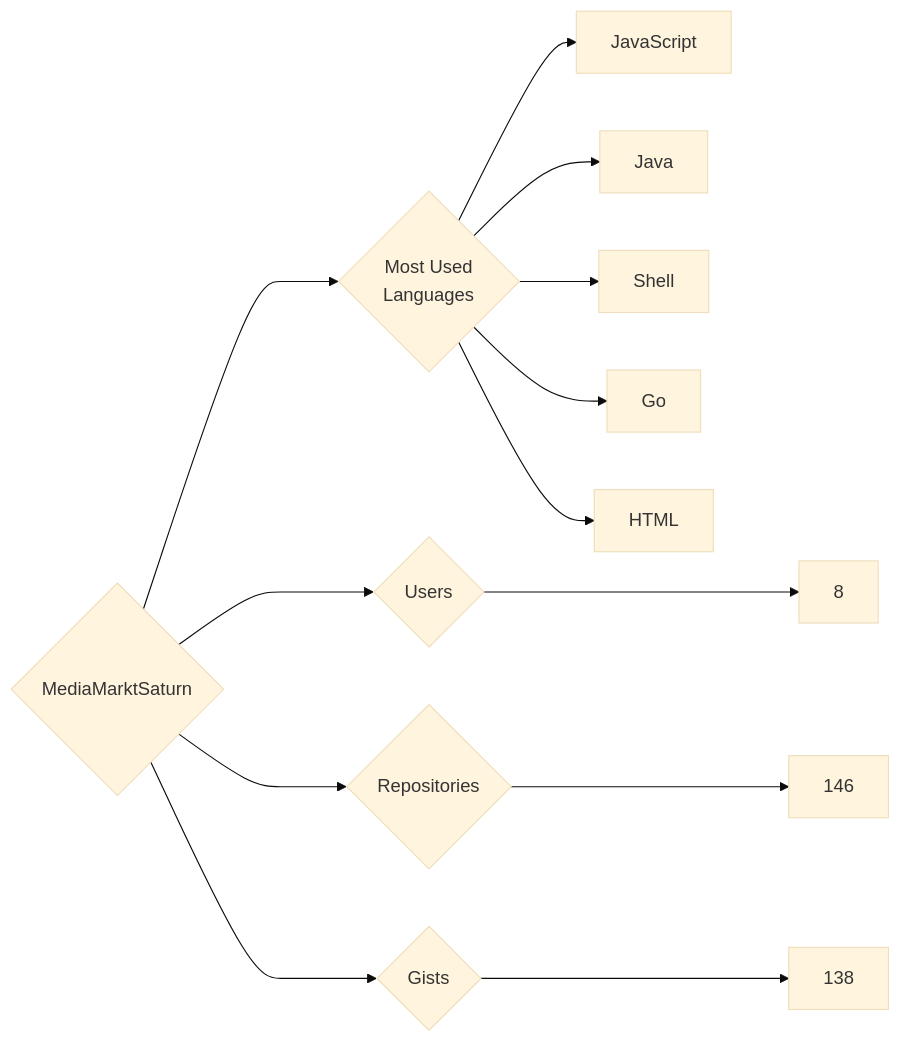
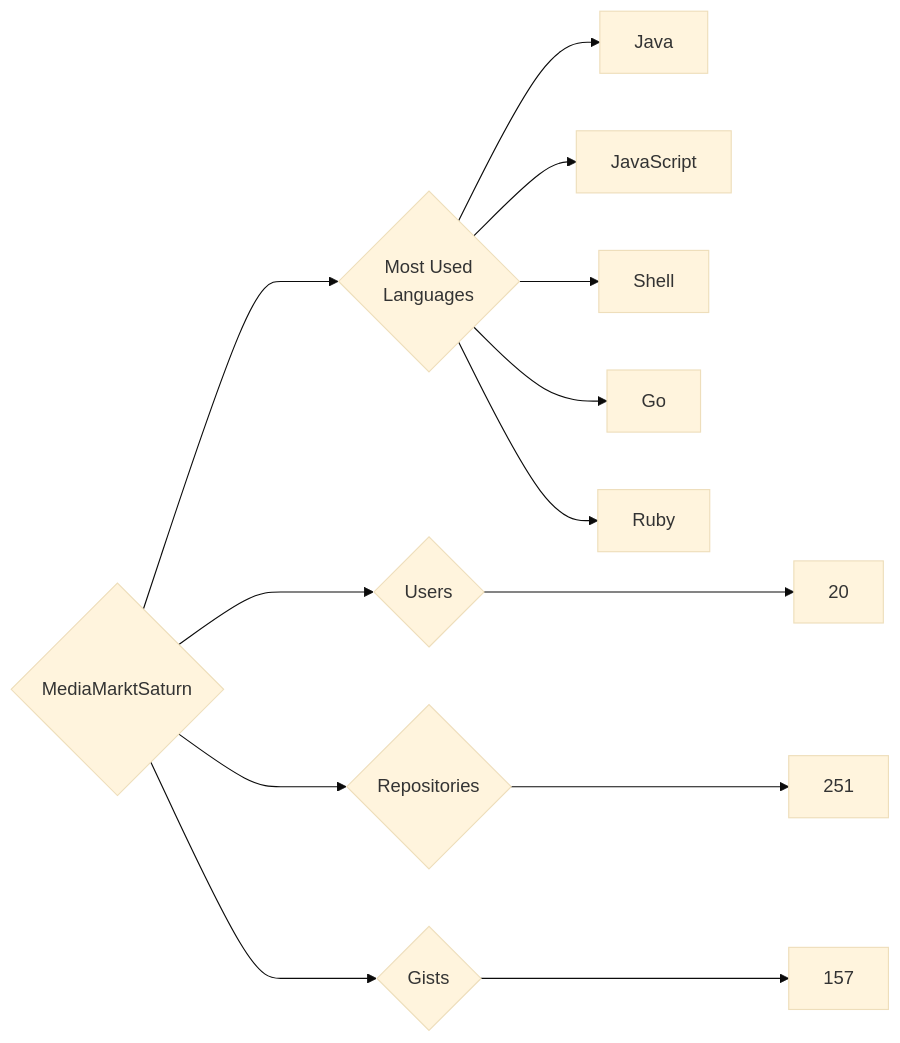
The diagram in targets/MediaMarktSaturn/README.md (trickest/insiders), drawn with Mermaid (base theme) before and after one commit. The commit also changed 953 other files, not shown here.

````diff
--- a/targets/MediaMarktSaturn/README.md
+++ b/targets/MediaMarktSaturn/README.md
@@ -3,13 +3,13 @@
 ```mermaid
 graph LR
 COMPANY_NAME{MediaMarktSaturn}
-COMPANY_NAME ---> U{Users} ---> UN[8]
-COMPANY_NAME ---> R{Repositories} ---> RN[146]
-COMPANY_NAME ---> G{Gists} ---> GN[138]
+COMPANY_NAME ---> U{Users} ---> UN[20]
+COMPANY_NAME ---> R{Repositories} ---> RN[251]
+COMPANY_NAME ---> G{Gists} ---> GN[157]
 COMPANY_NAME ---> ML{Most Used<br>Languages}
+ML --> Java[Java]
 ML --> JavaScript[JavaScript]
-ML --> Java[Java]
 ML --> Shell[Shell]
 ML --> Go[Go]
-ML --> HTML[HTML]
+ML --> Ruby[Ruby]
 ```
````
